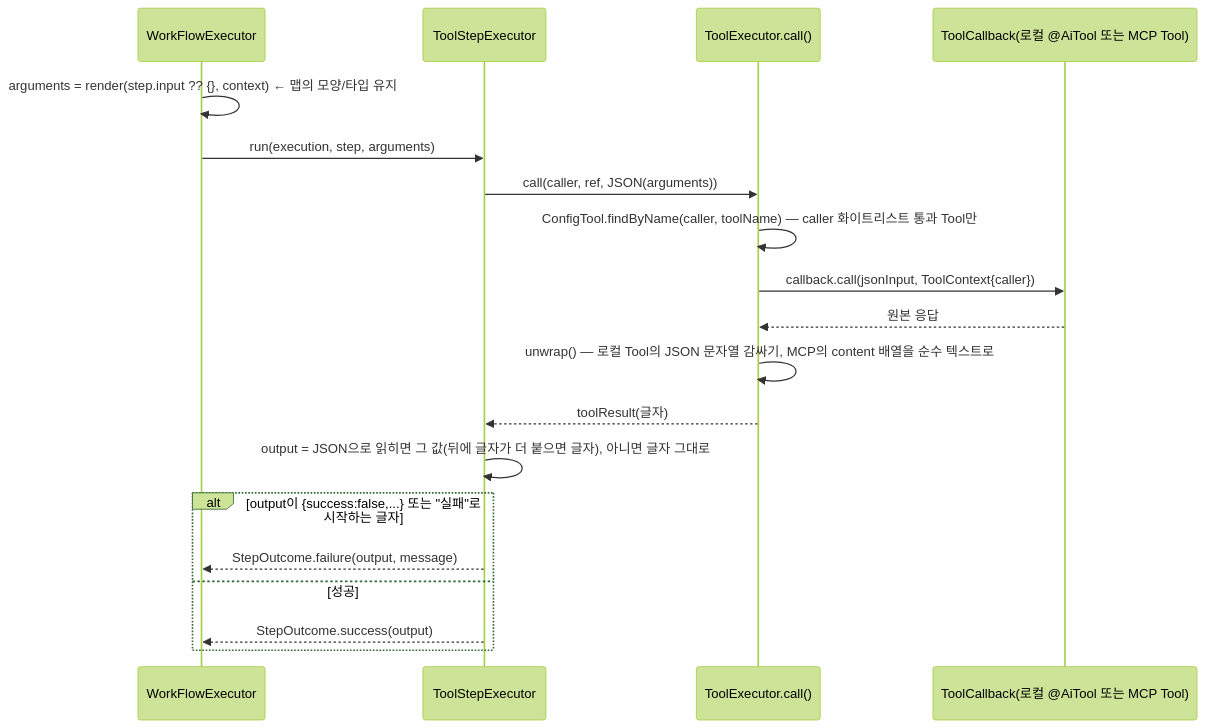
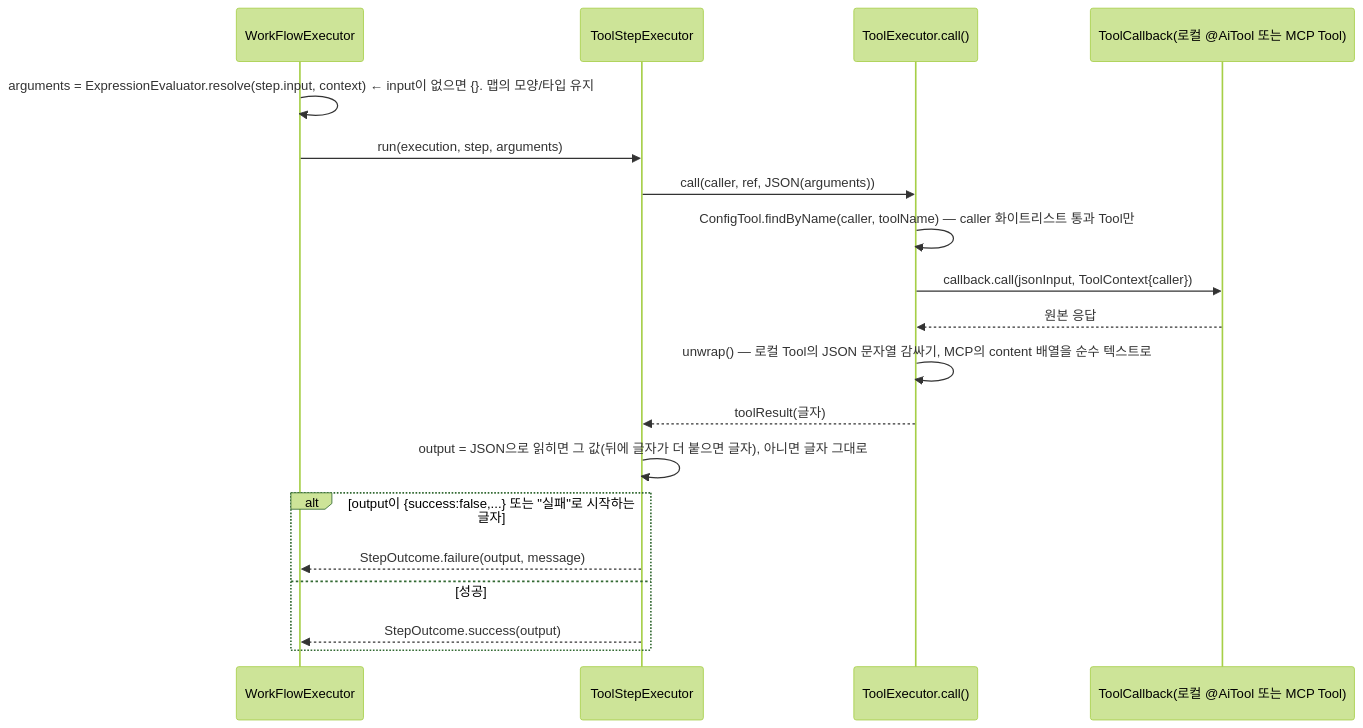
Before and after one commit to YongSoekChoeng/dstone: the seventh of 9 diagrams in docs/09.dstone-ai-engine.md, drawn with Mermaid (forest theme). The commit also changed other lines of this file and 49 other files, not shown here.

````diff
--- a/docs/09.dstone-ai-engine.md
+++ b/docs/09.dstone-ai-engine.md
@@ -733,21 +743,21 @@
 ```mermaid
 sequenceDiagram
     participant WE as WorkFlowExecutor
     participant TSR as ToolStepExecutor
     participant TE as ToolExecutor.call()
     participant CB as ToolCallback(로컬 @AiTool 또는 MCP Tool)
-    WE->>WE: arguments = render(step.input ?? {}, context)  ← 맵의 모양/타입 유지
+    WE->>WE: arguments = ExpressionEvaluator.resolve(step.input, context)  ← input이 없으면 {}. 맵의 모양/타입 유지
     WE->>TSR: run(execution, step, arguments)
     TSR->>TE: call(caller, ref, JSON(arguments))
     TE->>TE: ConfigTool.findByName(caller, toolName) — caller 화이트리스트 통과 Tool만
     TE->>CB: callback.call(jsonInput, ToolContext{caller})
     CB-->>TE: 원본 응답
     TE->>TE: unwrap() — 로컬 Tool의 JSON 문자열 감싸기, MCP의 content 배열을 순수 텍스트로
     TE-->>TSR: toolResult(글자)
     TSR->>TSR: output = JSON으로 읽히면 그 값(뒤에 글자가 더 붙으면 글자), 아니면 글자 그대로
     alt output이 {success:false,...} 또는 "실패"로 시작하는 글자
         TSR-->>WE: StepOutcome.failure(output, message)
     else 성공
         TSR-->>WE: StepOutcome.success(output)
     end
 ```
````
